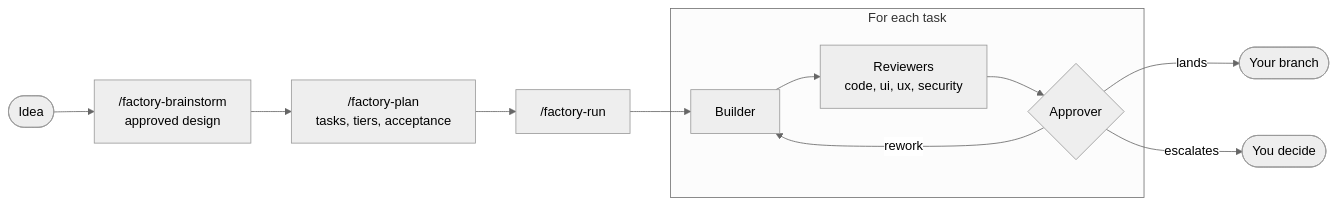
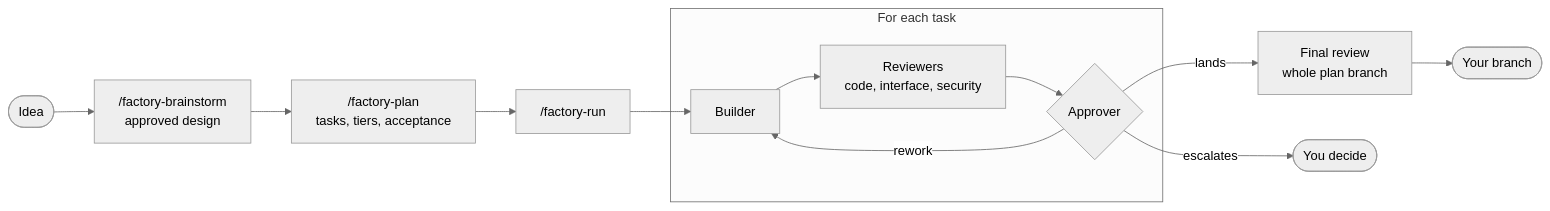
The diagram in README.md (swolley/clay-kit), drawn with Mermaid (neutral theme) before and after one commit. The commit also changed other lines of this file, not shown here.

Commit message:
docs: name the interface reviewer and the final review in the README landing section
Claude-Session: https://claude.ai/code/session_01BNqf3G9Mda9YzcoozC3a8v

````diff
--- a/README.md
+++ b/README.md
@@ -17,14 +17,15 @@
 ```mermaid
 flowchart LR
   idea([Idea]) --> brainstorm["/factory-brainstorm<br/>approved design"]
   brainstorm --> plan["/factory-plan<br/>tasks, tiers, acceptance"]
   plan --> run["/factory-run"]
   subgraph task [For each task]
-    builder[Builder] --> reviewers["Reviewers<br/>code, ui, ux, security"]
+    builder[Builder] --> reviewers["Reviewers<br/>code, interface, security"]
     reviewers --> approver{Approver}
     approver -- rework --> builder
   end
   run --> builder
-  approver -- lands --> branch([Your branch])
+  approver -- lands --> final["Final review<br/>whole plan branch"]
+  final --> branch([Your branch])
   approver -- escalates --> you([You decide])
 ```
````
